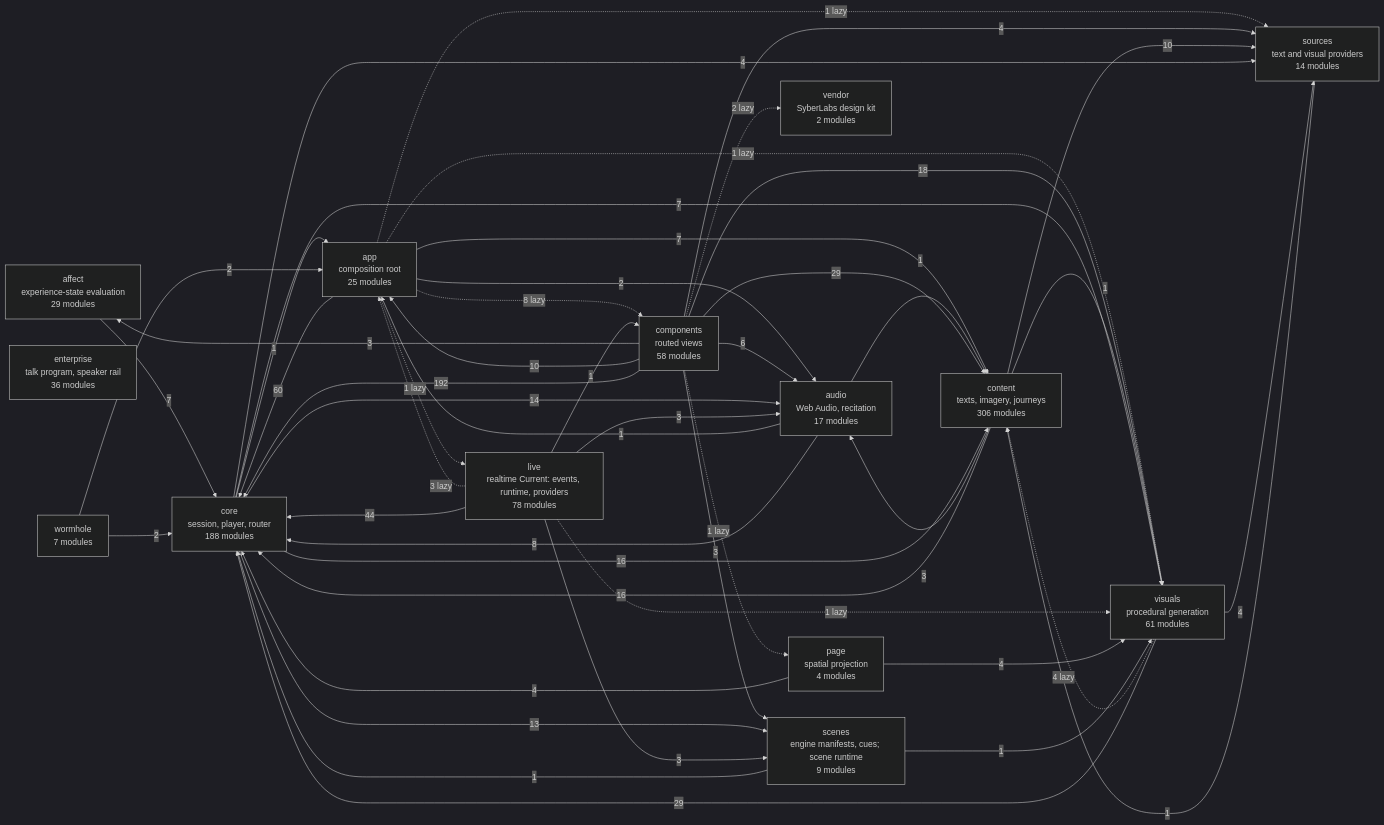
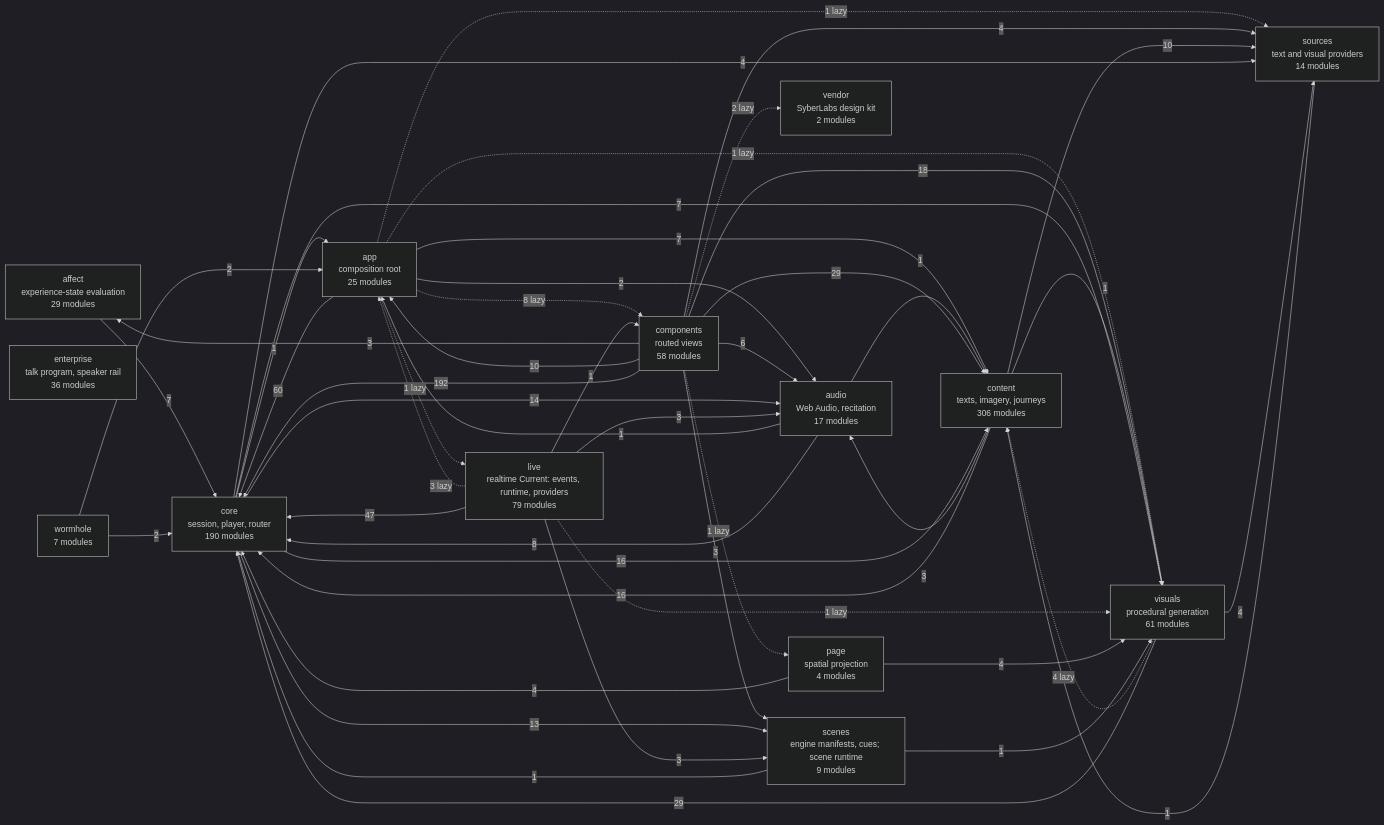
The diagram in docs/specs/ARCHITECTURE.md (SyberLabs/RISE), drawn with Mermaid (dark theme) before and after one commit. The commit also changed other lines of this file and 36 other files, not shown here.

````diff
--- a/docs/specs/ARCHITECTURE.md
+++ b/docs/specs/ARCHITECTURE.md
@@ -161,65 +161,65 @@
 ```mermaid
 flowchart LR
     affect["affect<br/>experience-state evaluation<br/>29 modules"]
     app["app<br/>composition root<br/>25 modules"]
     audio["audio<br/>Web Audio, recitation<br/>17 modules"]
     components["components<br/>routed views<br/>58 modules"]
     content["content<br/>texts, imagery, journeys<br/>306 modules"]
-    core["core<br/>session, player, router<br/>188 modules"]
+    core["core<br/>session, player, router<br/>190 modules"]
     enterprise["enterprise<br/>talk program, speaker rail<br/>36 modules"]
-    live["live<br/>realtime Current: events, runtime, providers<br/>78 modules"]
+    live["live<br/>realtime Current: events, runtime, providers<br/>79 modules"]
     page["page<br/>spatial projection<br/>4 modules"]
     scenes["scenes<br/>engine manifests, cues; scene runtime<br/>9 modules"]
     sources["sources<br/>text and visual providers<br/>14 modules"]
     vendor["vendor<br/>SyberLabs design kit<br/>2 modules"]
     visuals["visuals<br/>procedural generation<br/>61 modules"]
     wormhole["wormhole<br/>7 modules"]
 
     affect --> |7| core
     app --> |2| audio
     app -.-> |8 lazy| components
     app --> |7| content
     app --> |60| core
     app -.-> |1 lazy| live
     app -.-> |1 lazy| sources
     app -.-> |1 lazy| visuals
     audio --> |1| app
     audio --> |1| content
     audio --> |8| core
     components --> |3| affect
     components --> |10| app
     components --> |6| audio
     components --> |29| content
     components --> |192| core
     components -.-> |1 lazy| page
     components --> |3| scenes
     components --> |4| sources
     components -.-> |2 lazy| vendor
     components --> |18| visuals
     content --> |3| audio
     content --> |16| core
     content --> |10| sources
     content --> |1| visuals
     core --> |1| app
     core --> |14| audio
     core --> |16| content
     core --> |13| scenes
     core --> |4| sources
     core --> |7| visuals
     live -.-> |3 lazy| app
     live --> |3| audio
     live --> |1| components
-    live --> |44| core
+    live --> |47| core
     live --> |3| scenes
     live -.-> |1 lazy| visuals
     page --> |4| core
     page --> |4| visuals
     scenes --> |1| core
     scenes --> |1| visuals
     sources --> |1| content
     visuals -.-> |4 lazy| content
     visuals --> |29| core
     visuals --> |4| sources
     wormhole --> |2| app
     wormhole --> |2| core
 ```
````
